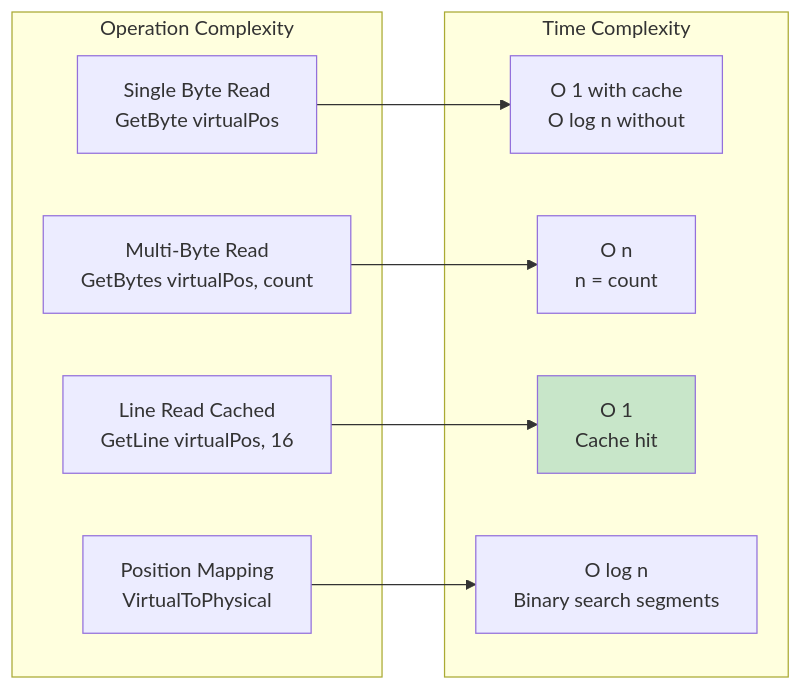
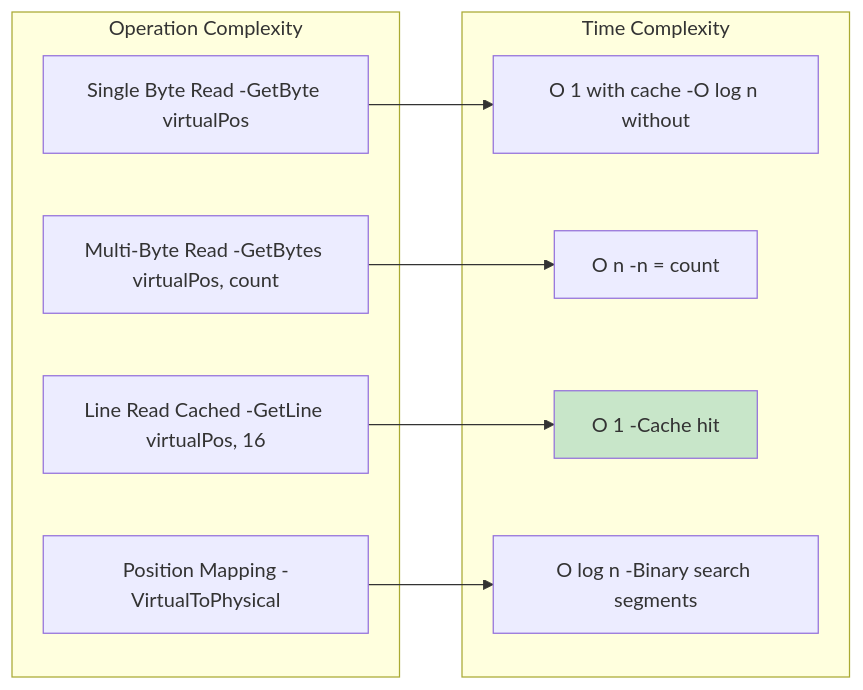
Diagram 18 of 24 in ARCHITECTURE_V2.md (myd7349/WpfHexEditorControl), drawn with Mermaid before and after one commit. The commit also changed other lines of this file, not shown here.

First line of the commit message:
Fix all remaining Mermaid diagram br tags for GitHub compatibility

````diff
--- a/ARCHITECTURE_V2.md
+++ b/ARCHITECTURE_V2.md
@@ -1305,23 +1305,23 @@
 ```mermaid
 graph LR
     subgraph "Operation Complexity"
-        Op1["Single Byte Read<br/>GetByte virtualPos"]
-        Op2["Multi-Byte Read<br/>GetBytes virtualPos, count"]
-        Op3["Line Read Cached<br/>GetLine virtualPos, 16"]
-        Op4["Position Mapping<br/>VirtualToPhysical"]
+        Op1["Single Byte Read -GetByte virtualPos"]
+        Op2["Multi-Byte Read -GetBytes virtualPos, count"]
+        Op3["Line Read Cached -GetLine virtualPos, 16"]
+        Op4["Position Mapping -VirtualToPhysical"]
     end
 
     subgraph "Time Complexity"
-        C1["O 1 with cache<br/>O log n without"]
-        C2["O n<br/>n = count"]
-        C3["O 1<br/>Cache hit"]
-        C4["O log n<br/>Binary search segments"]
+        C1["O 1 with cache -O log n without"]
+        C2["O n -n = count"]
+        C3["O 1 -Cache hit"]
+        C4["O log n -Binary search segments"]
     end
 
     Op1 --> C1
     Op2 --> C2
     Op3 --> C3
     Op4 --> C4
 
     style C3 fill:#c8e6c9
 ```
````
